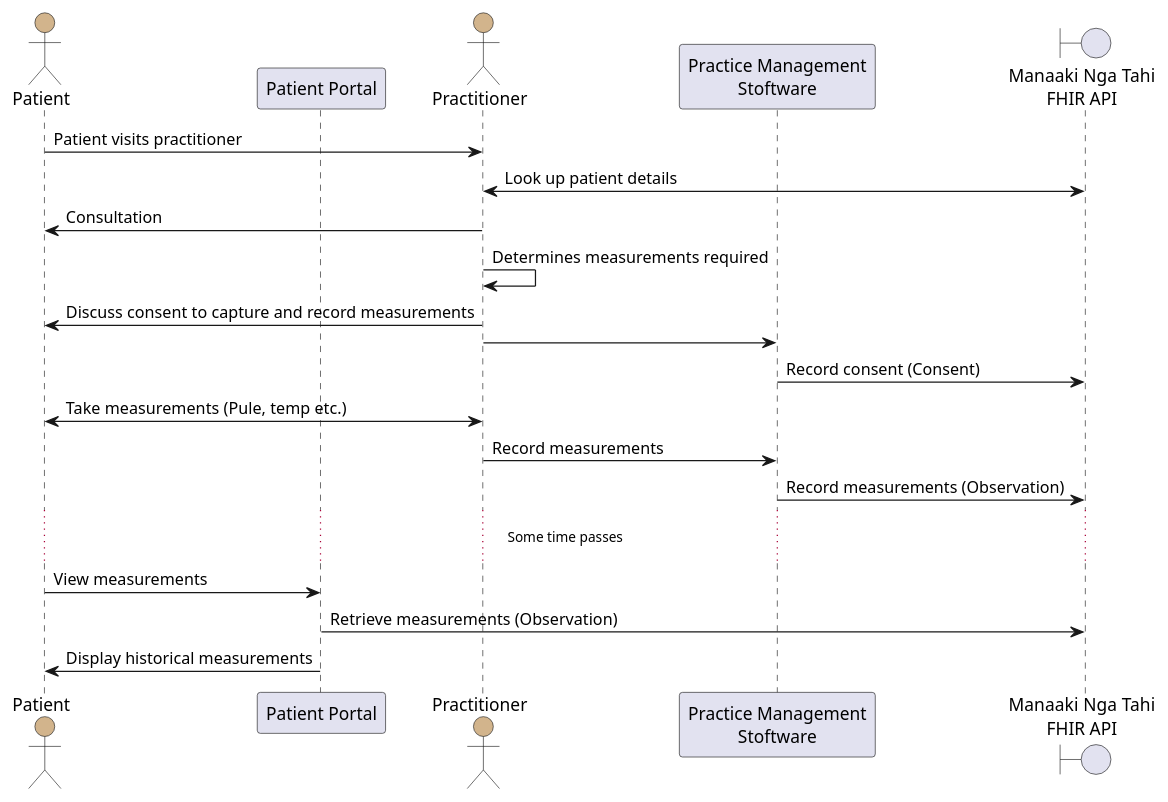
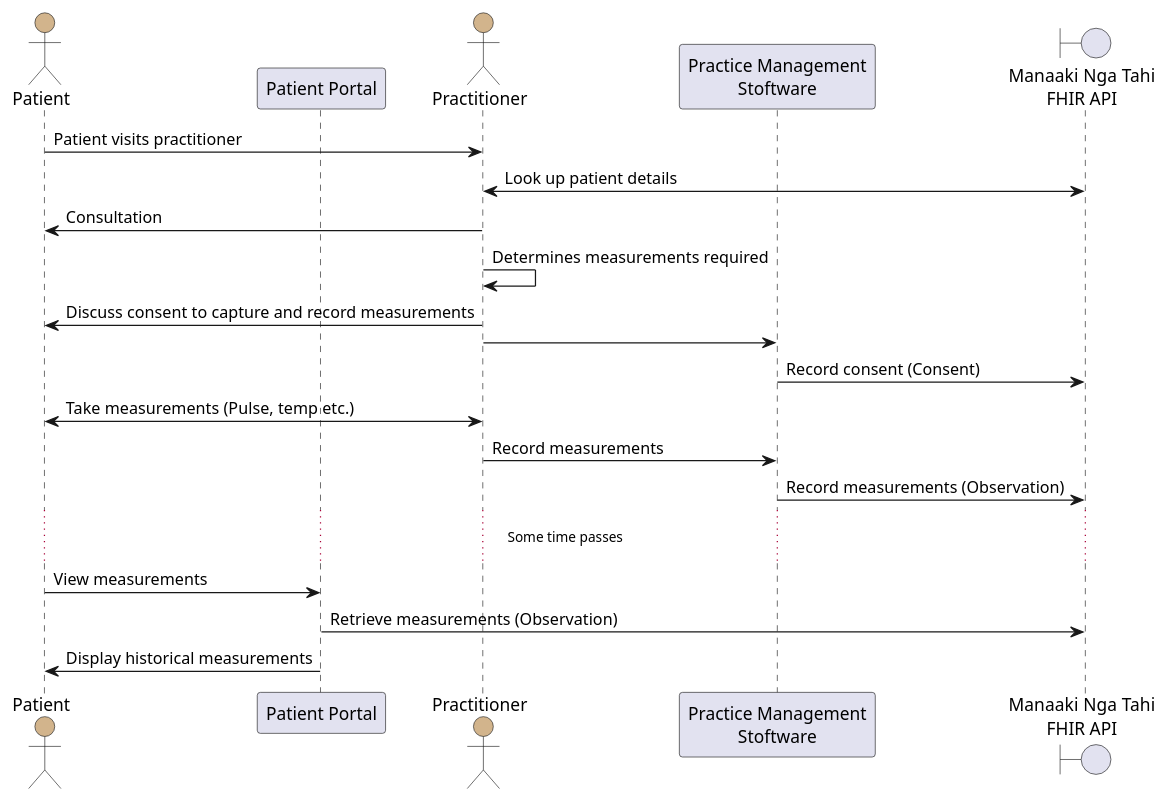
One commit to tewhatuora/cinc-fhir-ig changed the diagram in input/images-source/ManaakiNgaTahiMeasurementsExample.plantuml. Above: the diagram before and after it, drawn with PlantUML. The commit also changed 16 other files, not shown here.

Commit message:
Atttempts to get plantuml generating in IG publishing

```diff
--- a/input/images-source/ManaakiNgaTahiMeasurementsExample.plantuml
+++ b/input/images-source/ManaakiNgaTahiMeasurementsExample.plantuml
@@ -1,24 +1,24 @@
 @startuml "ManaakiNgaTahiMeasurementsExample"
 
 actor Patient #Tan
 participant "Patient Portal" as PP
 actor Practitioner #Tan
 participant "Practice Management\nStoftware" as PMS
 boundary "Manaaki Nga Tahi\nFHIR API" as API
 
 Patient -> Practitioner : Patient visits practitioner
 Practitioner <-> API : Look up patient details
 Practitioner -> Patient : Consultation
 Practitioner -> Practitioner : Determines measurements required
 Practitioner -> Patient : Discuss consent to capture and record measurements
 Practitioner -> PMS
 PMS -> API : Record consent (Consent)
-Practitioner <-> Patient : Take measurements (Pule, temp etc.)
+Practitioner <-> Patient : Take measurements (Pulse, temp etc.)
 Practitioner -> PMS : Record measurements
 PMS -> API : Record measurements (Observation)
 ... Some time passes ...
 Patient -> PP : View measurements
 PP -> API : Retrieve measurements (Observation)
 PP -> Patient : Display historical measurements
 
 @enduml
```
